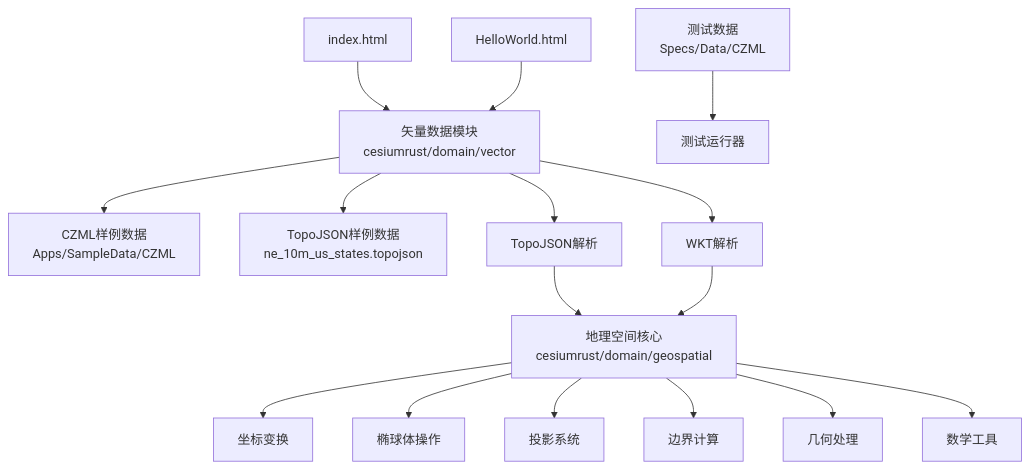
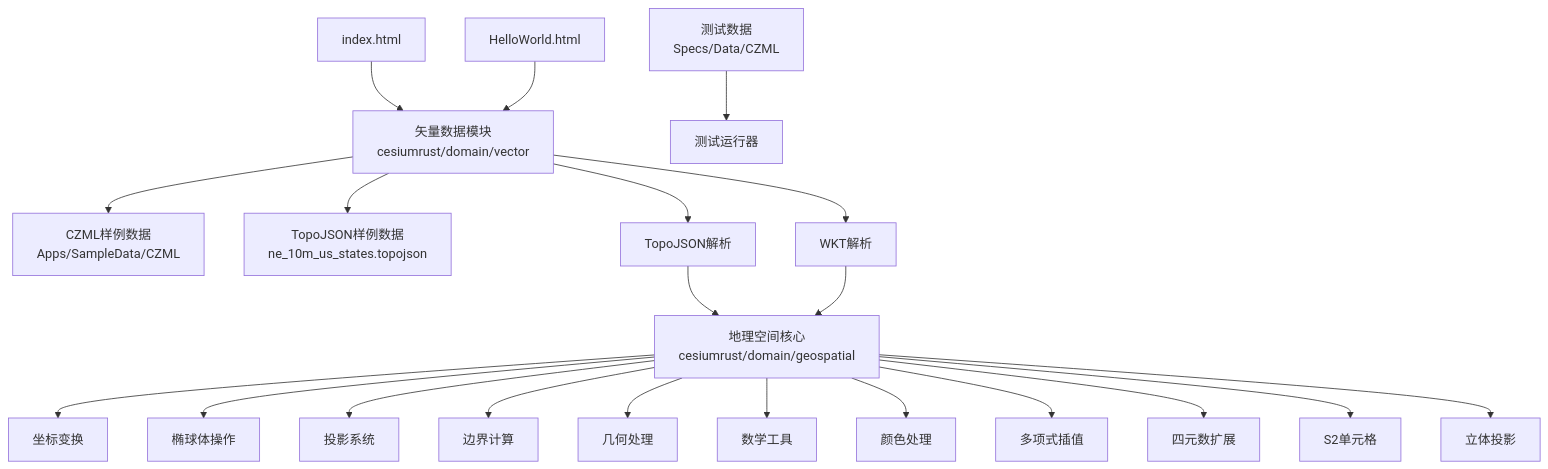
Diagram 12 of 12 in .qoder/repowiki/zh/content/项目概述/核心特性/地理空间数据处理/地理空间数据处理.md (rzhangjing/cesium), drawn with Mermaid before and after one commit. The commit also changed other lines of this file and 56 other files, not shown here.

````diff
--- a/.qoder/repowiki/zh/content/项目概述/核心特性/地理空间数据处理/地理空间数据处理.md
+++ b/.qoder/repowiki/zh/content/项目概述/核心特性/地理空间数据处理/地理空间数据处理.md
@@ -537,18 +645,23 @@
 ```mermaid
 graph TB
 I["index.html"] --> V["CesiumViewer.js"]
 H["HelloWorld.html"] --> V
 V --> D1["CZML样例数据<br/>Apps/SampleData/CZML"]
 V --> D2["TopoJSON样例数据<br/>ne_10m_us_states.topojson"]
 T["测试数据<br/>Specs/Data/CZML"] --> R["测试运行器"]
 G["地理空间核心<br/>cesiumrust/domain/geospatial"] --> CT["坐标变换"]
 G --> EL["椭球体操作"]
 G --> PR["投影系统"]
 G --> BD["边界计算"]
 G --> GE["几何处理"]
 G --> MT["数学工具"]
+G --> CL["颜色处理"]
+G --> PL["多项式插值"]
+G --> QE["四元数扩展"]
+G --> SC["S2单元格"]
+G --> ST["立体投影"]
 V["矢量数据模块<br/>cesiumrust/domain/vector"] --> TJ["TopoJSON解析"]
 V --> WK["WKT解析"]
 TJ --> G
 WK --> G
 ```
````
